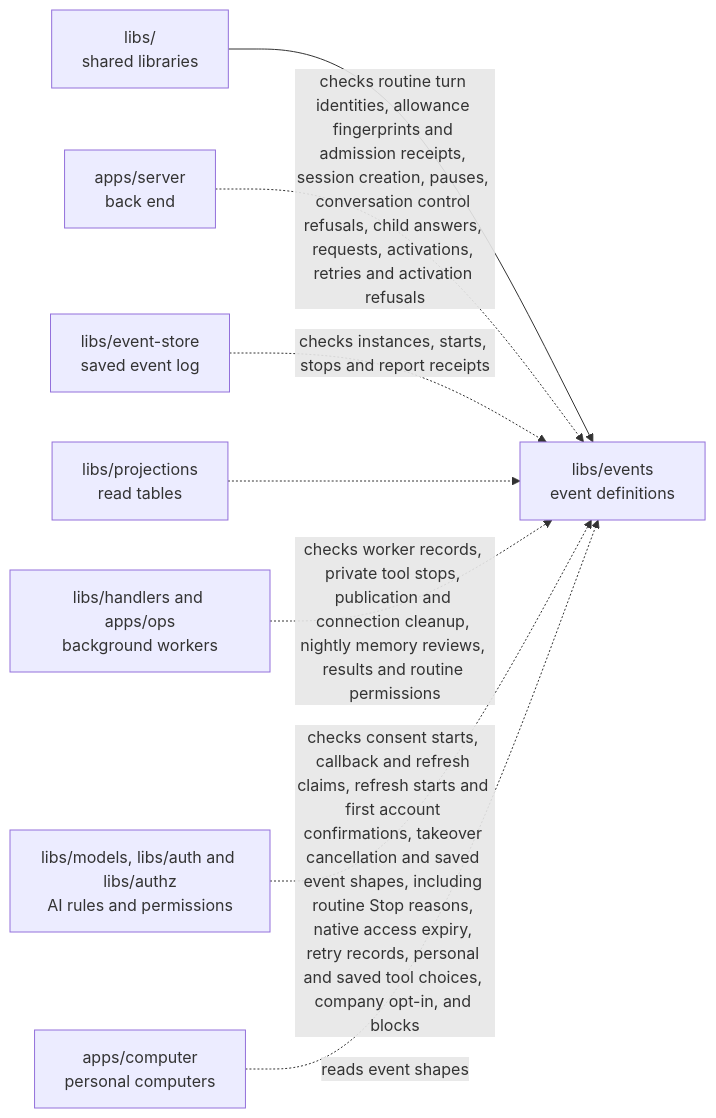
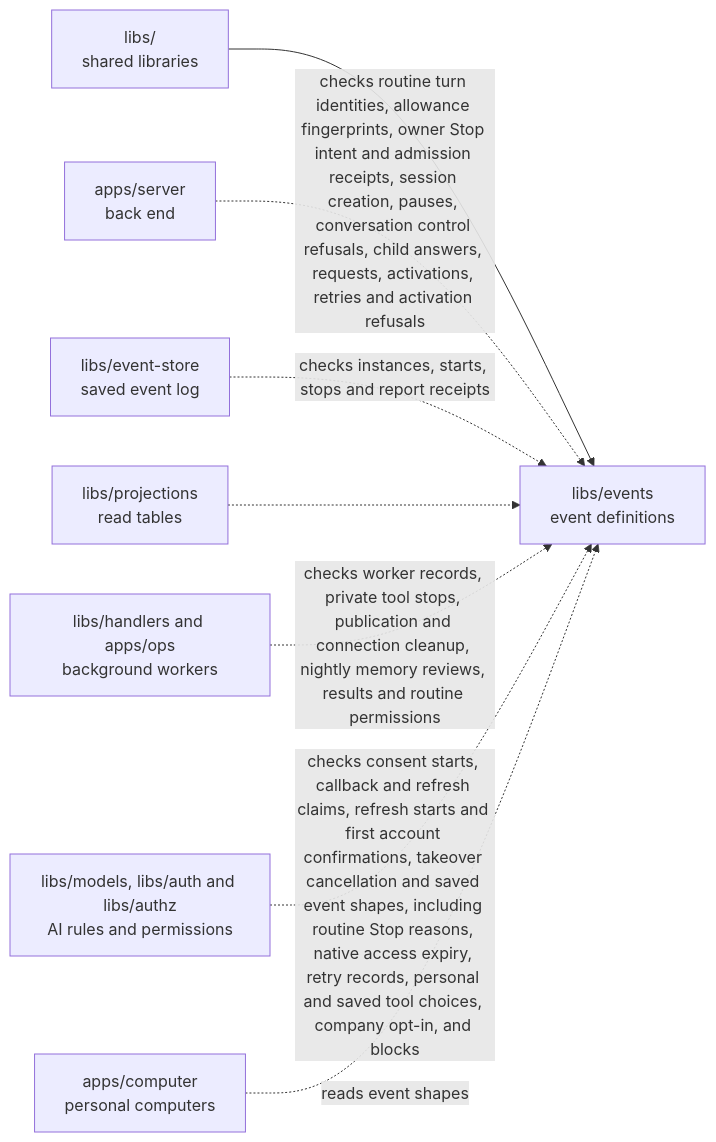
Before and after one commit to elewa-git/opencrane-new: the diagram in libs/events/README.md, drawn with Mermaid. The commit also changed other lines of this file and 15 other files, not shown here.

First line of the commit message:
⏱️ The owner's routine Stop intent is saved once and its budget Stop recovers even after late completions (#784)

````diff
--- a/libs/events/README.md
+++ b/libs/events/README.md
@@ -36,10 +36,10 @@
 ```mermaid
 flowchart LR
   parent["libs/<br/>shared libraries"] --> events["libs/events<br/>event definitions"]
-  server["apps/server<br/>back end"] -.->|checks routine turn identities, allowance fingerprints and admission receipts, session creation, pauses, conversation control refusals, child answers, requests, activations, retries and activation refusals| events
+  server["apps/server<br/>back end"] -.->|checks routine turn identities, allowance fingerprints, owner Stop intent and admission receipts, session creation, pauses, conversation control refusals, child answers, requests, activations, retries and activation refusals| events
   store["libs/event-store<br/>saved event log"] -.->|checks instances, starts, stops and report receipts| events
   projections["libs/projections<br/>read tables"] -.-> events
   workers["libs/handlers and apps/ops<br/>background workers"] -.->|checks worker records, private tool stops, publication and connection cleanup, nightly memory reviews, results and routine permissions| events
   models["libs/models, libs/auth and libs/authz<br/>AI rules and permissions"] -.->|checks consent starts, callback and refresh claims, refresh starts and first account confirmations, takeover cancellation and saved event shapes, including routine Stop reasons, native access expiry, retry records, personal and saved tool choices, company opt-in, and blocks| events
   computer["apps/computer<br/>personal computers"] -.->|reads event shapes| events
 ```
````
